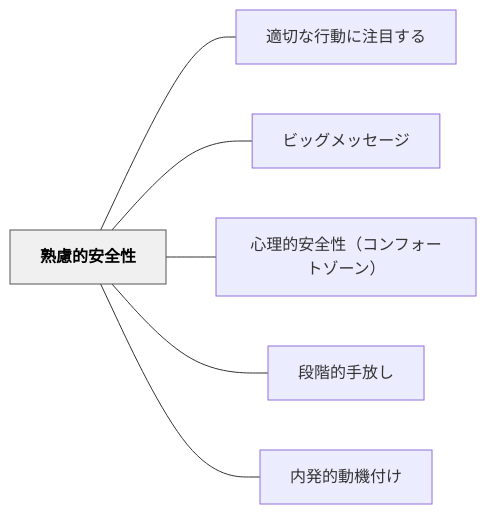
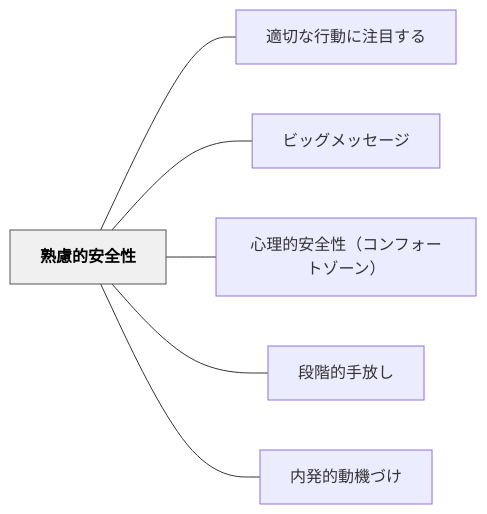
The diagram in content/パタン/熟慮的安全性.md (unknownthings-ed-patterns/unknownthings-ed-patterns), drawn with Mermaid before and after one commit. The commit also changed other lines of this file and 234 other files, not shown here.

````diff
--- a/content/パタン/熟慮的安全性.md
+++ b/content/パタン/熟慮的安全性.md
@@ -78,18 +78,18 @@
 ```mermaid
 flowchart LR
     ne7869fe685aee79a84e5ae89e585a8e680a7["熟慮的安全性"]
     ne981a9e58887e381aae8a18ce58b95e381abe6b3a8e79baee38199e3828b["適切な行動に注目する"]
     ne38393e38383e382b0e383a1e38383e382bbe383bce382b8["ビッグメッセージ"]
     ne5bf83e79086e79a84e5ae89e585a8e680a7efbc88e382b3e383b3e38395e382a9e383bce38388e382bee383bce383b3efbc89["心理的安全性（コンフォートゾーン）"]
     ne6aeb5e99a8ee79a84e6898be694bee38197["段階的手放し"]
-    ne58685e799bae79a84e58b95e6a99fe4bb98e38191["内発的動機付け"]
+    ne58685e799bae79a84e58b95e6a99fe381a5e38191["内発的動機づけ"]
 
     ne7869fe685aee79a84e5ae89e585a8e680a7 --- ne981a9e58887e381aae8a18ce58b95e381abe6b3a8e79baee38199e3828b
     ne7869fe685aee79a84e5ae89e585a8e680a7 --- ne38393e38383e382b0e383a1e38383e382bbe383bce382b8
     ne7869fe685aee79a84e5ae89e585a8e680a7 --- ne5bf83e79086e79a84e5ae89e585a8e680a7efbc88e382b3e383b3e38395e382a9e383bce38388e382bee383bce383b3efbc89
     ne7869fe685aee79a84e5ae89e585a8e680a7 --- ne6aeb5e99a8ee79a84e6898be694bee38197
-    ne7869fe685aee79a84e5ae89e585a8e680a7 --- ne58685e799bae79a84e58b95e6a99fe4bb98e38191
+    ne7869fe685aee79a84e5ae89e585a8e680a7 --- ne58685e799bae79a84e58b95e6a99fe381a5e38191
 
     classDef hub fill:#f0f0f0,stroke:#555,color:#000,font-weight:bold
     class ne7869fe685aee79a84e5ae89e585a8e680a7 hub
 ```
````
